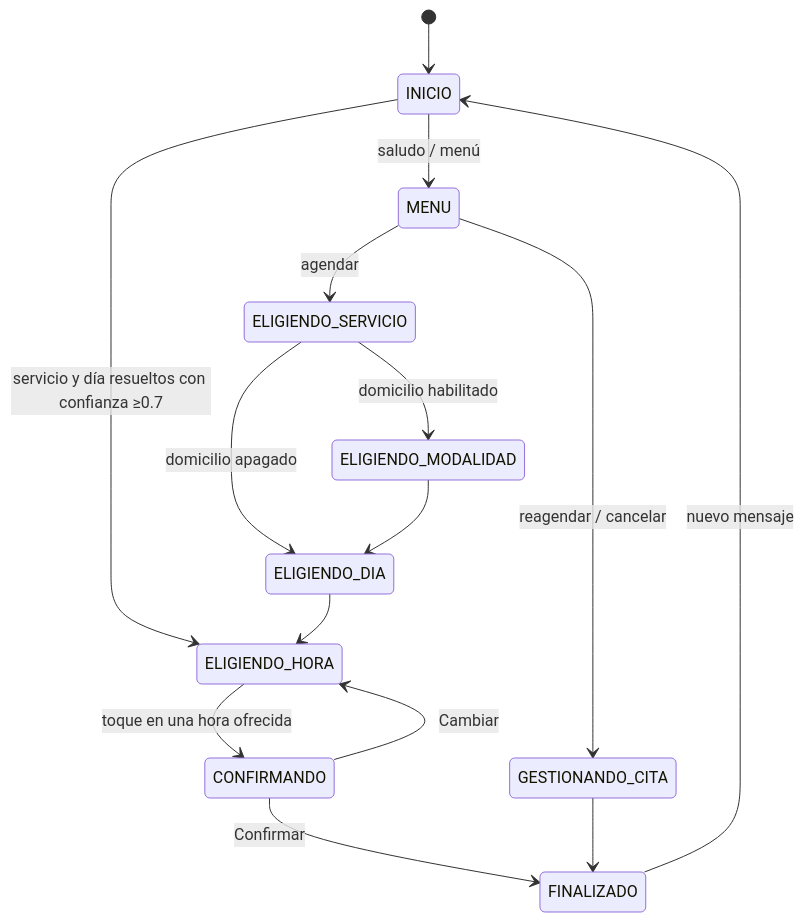
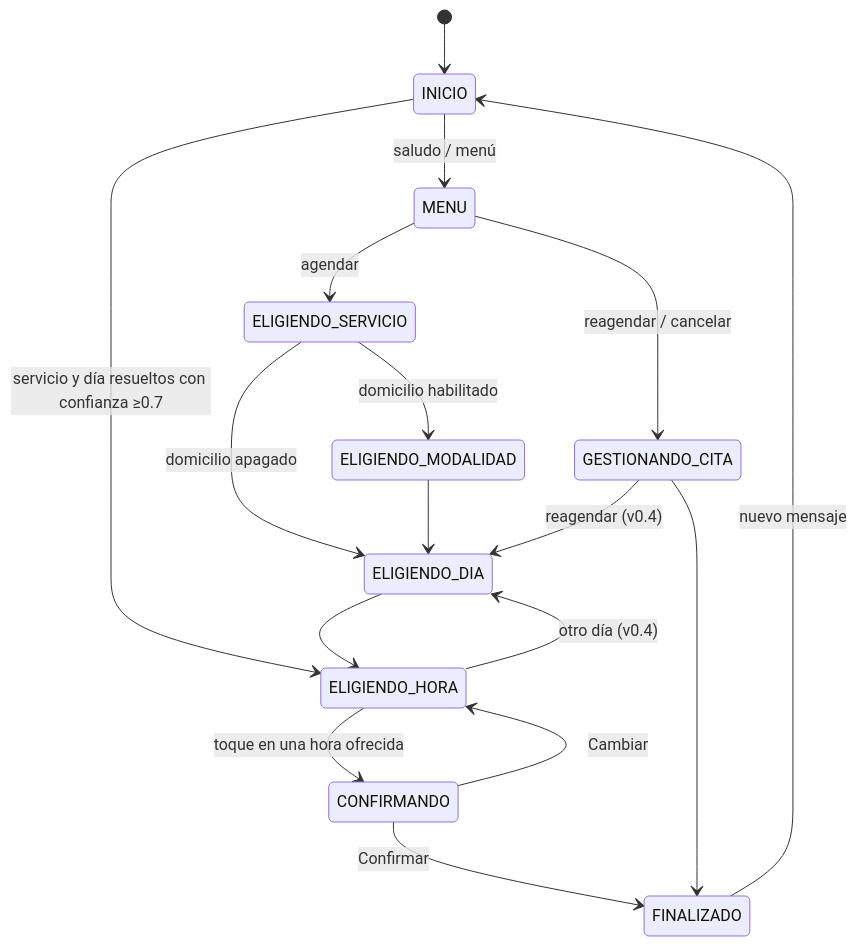
The fourth of 4 diagrams in SDD.md (JononathanRincon/AgenteManiculista), drawn with Mermaid before and after one commit. The commit also changed other lines of this file and 9 other files, not shown here.

````diff
--- a/SDD.md
+++ b/SDD.md
@@ -318,17 +371,19 @@
 ```mermaid
 stateDiagram-v2
     [*] --> INICIO
     INICIO --> MENU: saludo / menú
     INICIO --> ELIGIENDO_HORA: servicio y día resueltos con confianza ≥0.7
     MENU --> ELIGIENDO_SERVICIO: agendar
     MENU --> GESTIONANDO_CITA: reagendar / cancelar
     ELIGIENDO_SERVICIO --> ELIGIENDO_MODALIDAD: domicilio habilitado
     ELIGIENDO_SERVICIO --> ELIGIENDO_DIA: domicilio apagado
     ELIGIENDO_MODALIDAD --> ELIGIENDO_DIA
     ELIGIENDO_DIA --> ELIGIENDO_HORA
     ELIGIENDO_HORA --> CONFIRMANDO: toque en una hora ofrecida
     CONFIRMANDO --> FINALIZADO: Confirmar
     CONFIRMANDO --> ELIGIENDO_HORA: Cambiar
     GESTIONANDO_CITA --> FINALIZADO
+    GESTIONANDO_CITA --> ELIGIENDO_DIA: reagendar (v0.4)
+    ELIGIENDO_HORA --> ELIGIENDO_DIA: otro día (v0.4)
     FINALIZADO --> INICIO: nuevo mensaje
 ```
````
